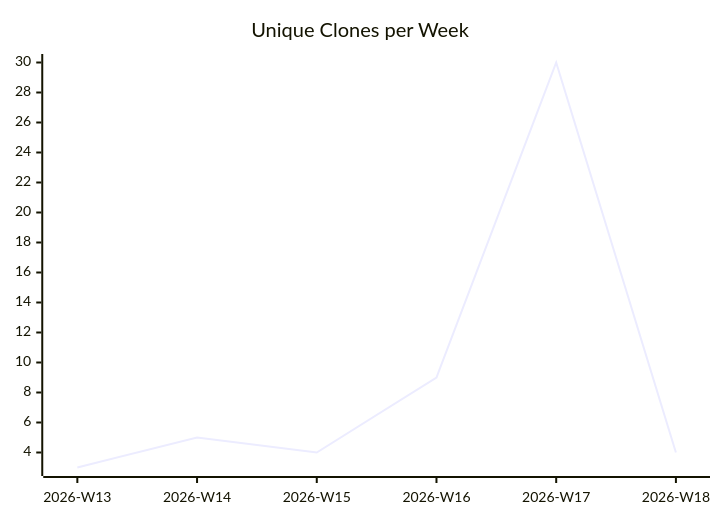
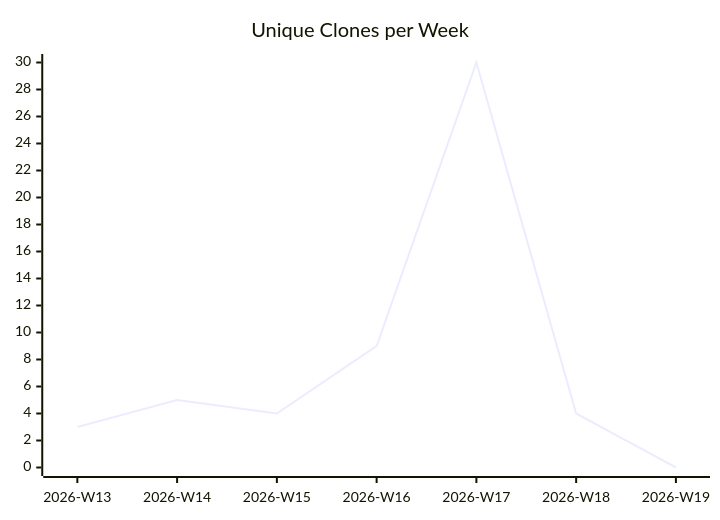
The third of 3 diagrams in karlmdavis/dotfiles/README.md (justdavis-family/github-analytics-data), drawn with Mermaid before and after one commit. The commit also changed other lines of this file and 187 other files, not shown here.

````diff
--- a/karlmdavis/dotfiles/README.md
+++ b/karlmdavis/dotfiles/README.md
@@ -19,6 +19,6 @@
 ```mermaid
 xychart-beta
   title "Unique Clones per Week"
-  x-axis ["2026-W13", "2026-W14", "2026-W15", "2026-W16", "2026-W17", "2026-W18"]
-  line [3, 5, 4, 9, 30, 4]
+  x-axis ["2026-W13", "2026-W14", "2026-W15", "2026-W16", "2026-W17", "2026-W18", "2026-W19"]
+  line [3, 5, 4, 9, 30, 4, 0]
 ```
````
